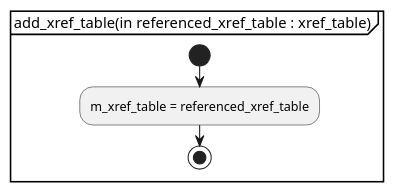
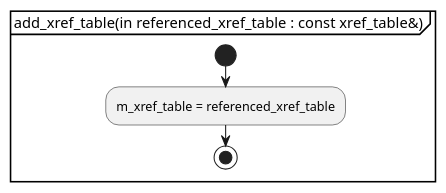
One commit to KodaiYM/PDFReader changed the first of 4 diagrams in document/object_pool.activity.pu. Above: the diagram before and after it, drawn with PlantUML. The commit also changed other lines of this file and 3 other files, not shown here.

```diff
--- a/document/object_pool.activity.pu
+++ b/document/object_pool.activity.pu
@@ -1,8 +1,8 @@
 @startuml add_xref_table
-partition "add_xref_table(in referenced_xref_table : xref_table)" {
+partition "add_xref_table(in referenced_xref_table : const xref_table&)" {
 start
 	' HACK: change to add
 	:m_xref_table = referenced_xref_table;
 stop
 }
 @enduml
```
